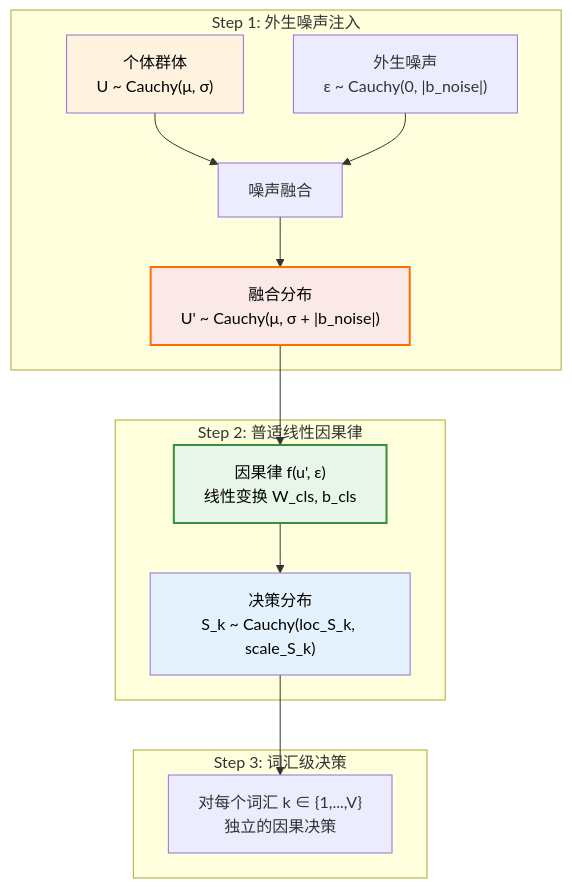
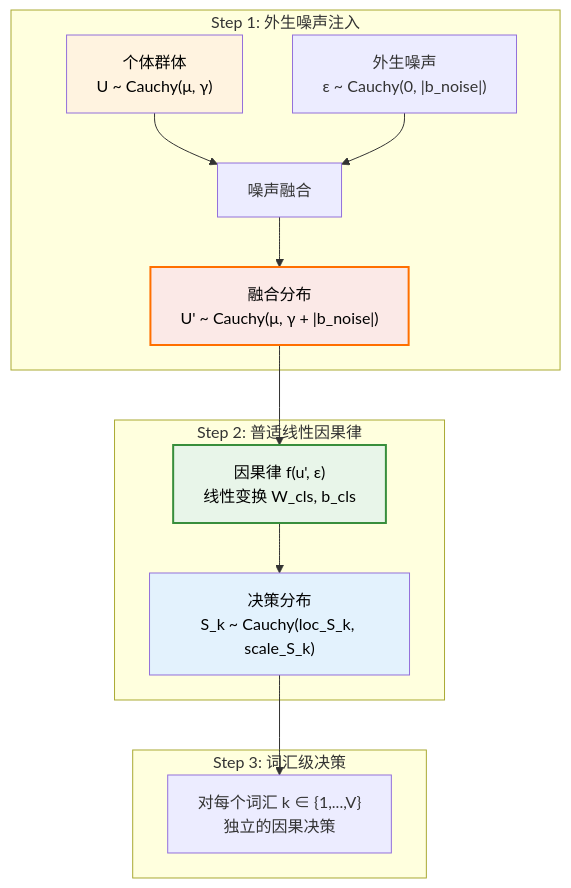
One commit to 1587causalai/CausalQwen changed the sixth of 16 diagrams in design-docs/causal_qwen_text_only.md. Above: the diagram before and after it, drawn with Mermaid. The commit also changed other lines of this file, not shown here.

````diff
--- a/design-docs/causal_qwen_text_only.md
+++ b/design-docs/causal_qwen_text_only.md
@@ -283,22 +283,22 @@
 ```mermaid
 graph TB
     subgraph "Step 1: 外生噪声注入"
-        U["个体群体<br>U ~ Cauchy(μ, σ)"] --> Fusion["噪声融合"]
+        U["个体群体<br>U ~ Cauchy(μ, γ)"] --> Fusion["噪声融合"]
         Epsilon["外生噪声<br>ε ~ Cauchy(0, |b_noise|)"] --> Fusion
-        Fusion --> U_prime["融合分布<br>U' ~ Cauchy(μ, σ + |b_noise|)"]
+        Fusion --> U_prime["融合分布<br>U' ~ Cauchy(μ, γ + |b_noise|)"]
     end
     
     subgraph "Step 2: 普适线性因果律"
         U_prime --> Law["因果律 f(u', ε)<br>线性变换 W_cls, b_cls"]
         Law --> Decision["决策分布<br>S_k ~ Cauchy(loc_S_k, scale_S_k)"]
     end
     
     subgraph "Step 3: 词汇级决策"
         Decision --> Words["对每个词汇 k ∈ {1,...,V}<br>独立的因果决策"]
     end
     
     style U fill:#fff3e0,color:#000
     style U_prime fill:#fbe9e7,stroke:#ff6f00,stroke-width:2px,color:#000
     style Law fill:#e8f5e9,stroke:#388e3c,stroke-width:2px,color:#000
     style Decision fill:#e3f2fd,color:#000
 ```
````
